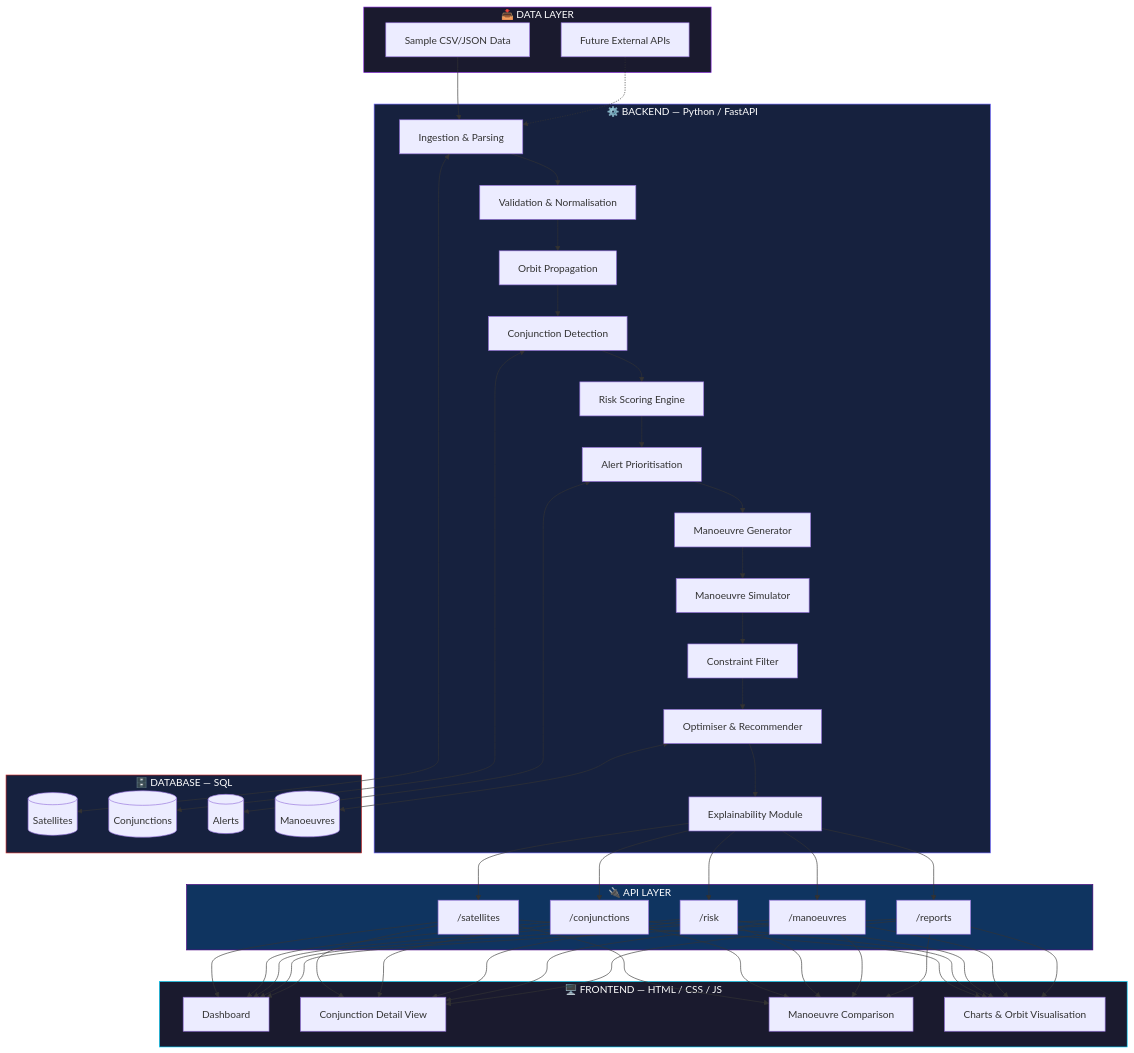
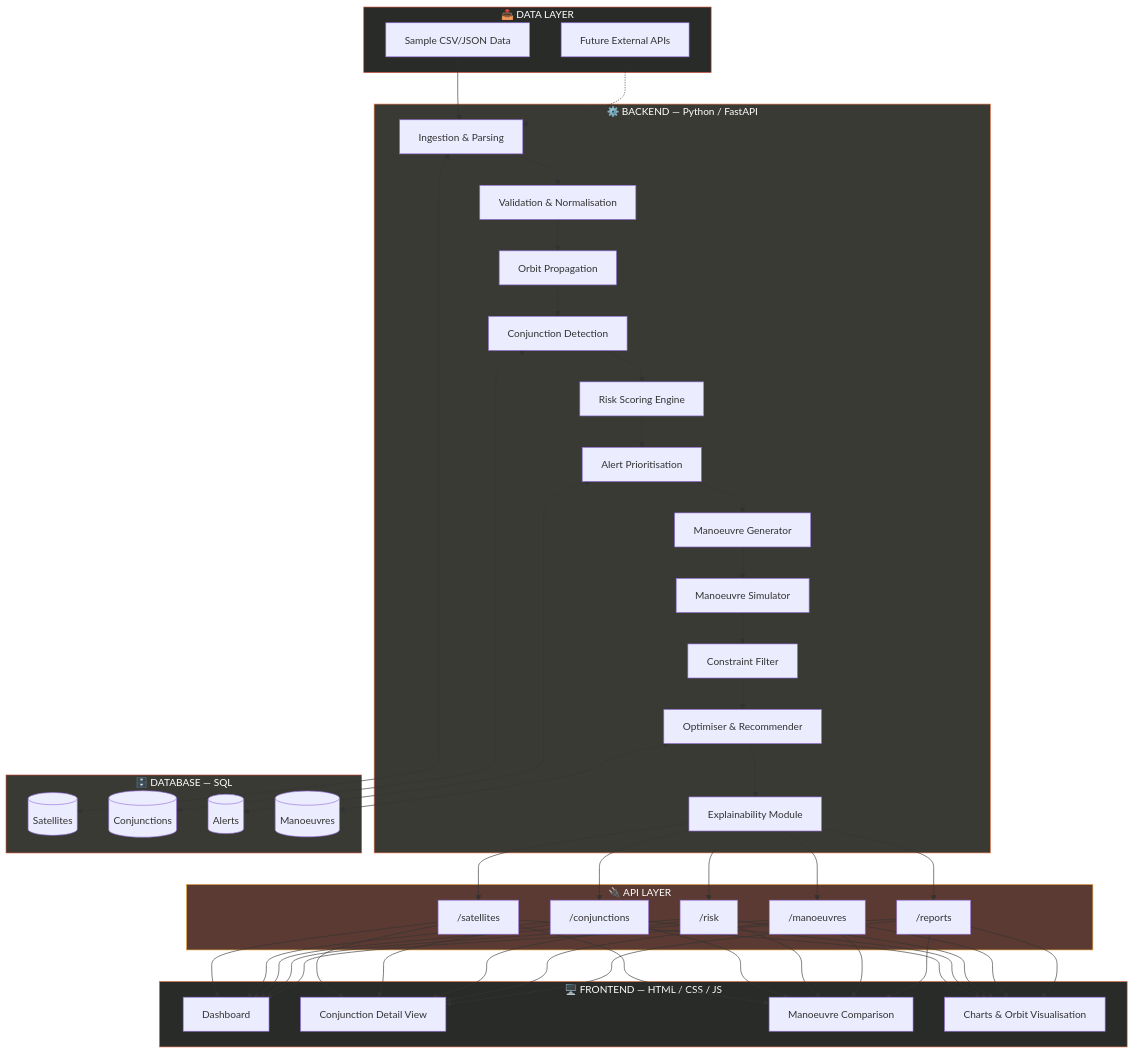
Before and after one commit to Shivanshi388/CelestIQ: the first of 2 diagrams in README.md, drawn with Mermaid. The commit also changed other lines of this file, not shown here.

````diff
--- a/README.md
+++ b/README.md
@@ -182,60 +184,60 @@
 ```mermaid
 flowchart TB
     subgraph INPUT["📥 DATA LAYER"]
         A1[Sample CSV/JSON Data]
         A2[Future External APIs]
     end
 
     subgraph BACKEND["⚙️ BACKEND — Python / FastAPI"]
         B1[Ingestion & Parsing]
         B2[Validation & Normalisation]
         B3[Orbit Propagation]
         B4[Conjunction Detection]
         B5[Risk Scoring Engine]
         B6[Alert Prioritisation]
         B7[Manoeuvre Generator]
         B8[Manoeuvre Simulator]
         B9[Constraint Filter]
         B10[Optimiser & Recommender]
         B11[Explainability Module]
     end
 
     subgraph API["🔌 API LAYER"]
         C1["/satellites"]
         C2["/conjunctions"]
         C3["/risk"]
         C4["/manoeuvres"]
         C5["/reports"]
     end
 
     subgraph FRONTEND["🖥️ FRONTEND — HTML / CSS / JS"]
         D1[Dashboard]
         D2[Conjunction Detail View]
         D3[Manoeuvre Comparison]
         D4[Charts & Orbit Visualisation]
     end
 
     subgraph DB["🗄️ DATABASE — SQL"]
         E1[(Satellites)]
         E2[(Conjunctions)]
         E3[(Alerts)]
         E4[(Manoeuvres)]
     end
 
     A1 --> B1
     A2 -.-> B1
     B1 --> B2 --> B3 --> B4 --> B5 --> B6 --> B7 --> B8 --> B9 --> B10 --> B11
     B4 <--> E2
     B6 <--> E3
     B10 <--> E4
     B1 <--> E1
 
     B11 --> C1 & C2 & C3 & C4 & C5
     C1 & C2 & C3 & C4 & C5 --> D1 & D2 & D3 & D4
 
-    style INPUT fill:#1a1a2e,stroke:#8A2BE2,color:#fff
-    style BACKEND fill:#16213e,stroke:#6C63FF,color:#fff
-    style API fill:#0f3460,stroke:#4B0082,color:#fff
-    style FRONTEND fill:#1a1a2e,stroke:#00d4ff,color:#fff
-    style DB fill:#16213e,stroke:#CC2927,color:#fff
+    style INPUT fill:#292B29,stroke:#D64C38,color:#fff
+    style BACKEND fill:#3A3A35,stroke:#EF7448,color:#fff
+    style API fill:#5A3A32,stroke:#E8A63D,color:#fff
+    style FRONTEND fill:#292B29,stroke:#E8754F,color:#fff
+    style DB fill:#3A3A35,stroke:#C64630,color:#fff
 ```
````
